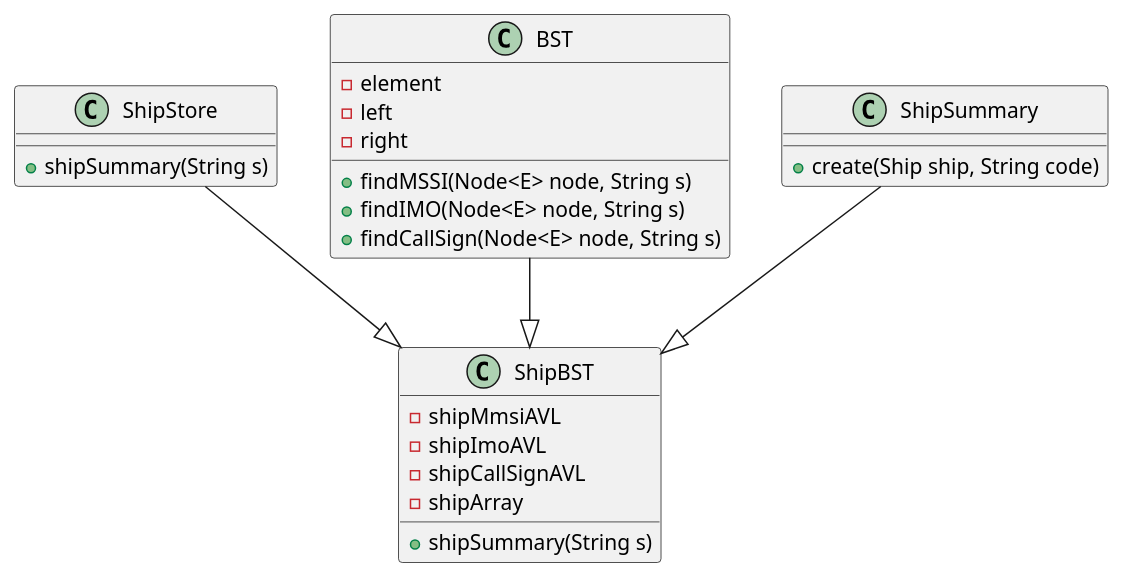
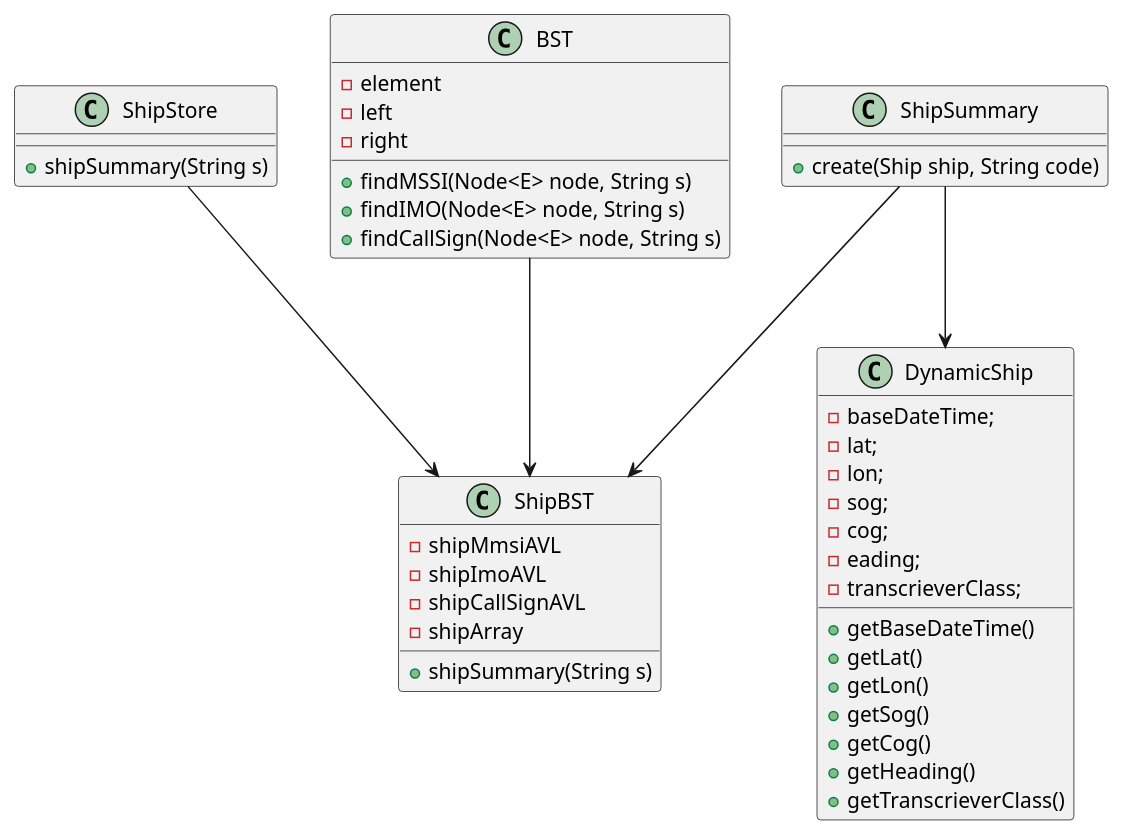
Before and after one commit to jsmarques98/LAPR3-ISEP: the diagram in docs/Sprint 1/US104/CD_US104.puml, drawn with PlantUML. The commit also changed 6 other files, not shown here.

```diff
--- a/docs/Sprint 1/US104/CD_US104.puml
+++ b/docs/Sprint 1/US104/CD_US104.puml
@@ -1,31 +1,48 @@
 @startuml
 'https://plantuml.com/class-diagram
 
 class ShipStore{
     +shipSummary(String s)
 }
 class ShipBST{
     -shipMmsiAVL
     -shipImoAVL
     -shipCallSignAVL
     -shipArray
     +shipSummary(String s)
 }
 class BST{
     -element
     -left
     -right
     +findMSSI(Node<E> node, String s)
     +findIMO(Node<E> node, String s)
     +findCallSign(Node<E> node, String s)
 }
 
 class ShipSummary{
     +create(Ship ship, String code)
 }
+class DynamicShip{
+    -baseDateTime;
+    -lat;
+    -lon;
+    -sog;
+    -cog;
+    -eading;
+    -transcrieverClass;
 
-BST--|>ShipBST
-ShipStore--|>ShipBST
-ShipSummary--|>ShipBST
+    +getBaseDateTime()
+    +getLat()
+    +getLon()
+    +getSog()
+    +getCog()
+    +getHeading()
+    +getTranscrieverClass()
+}
+BST-->ShipBST
+ShipStore-->ShipBST
+ShipSummary-->ShipBST
+ShipSummary-->DynamicShip
 
 @enduml
```
